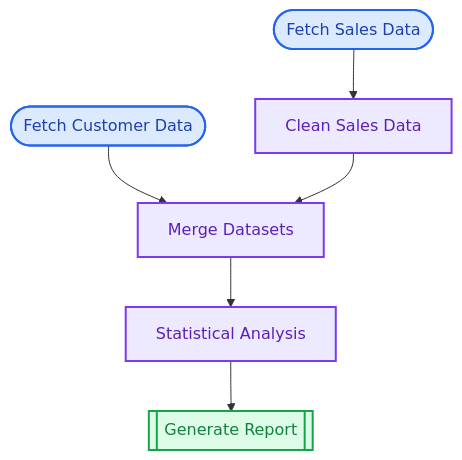
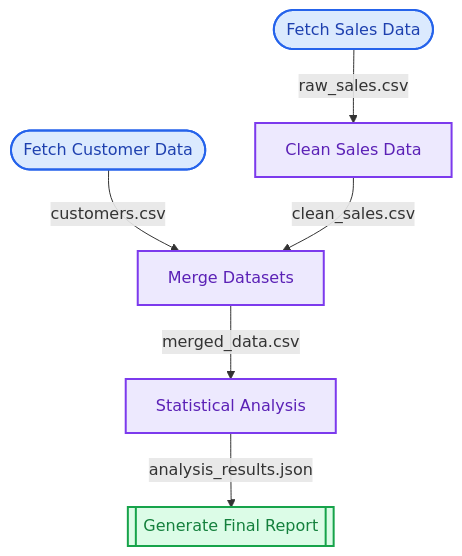
The second of 2 diagrams in README.md (pjt222/putior), drawn with Mermaid before and after one commit. The commit also changed other lines of this file, not shown here.

Commit message:
update and fix mermaid blocks

````diff
--- a/README.md
+++ b/README.md
@@ -187,22 +108,22 @@
 ```mermaid
 flowchart TD
     fetch_sales([Fetch Sales Data])
     fetch_customers([Fetch Customer Data])
-    clean_sales[Clean Sales Data]  
+    clean_sales[Clean Sales Data]
     merge_data[Merge Datasets]
     analyze[Statistical Analysis]
-    report[[Generate Report]]
-    
-    fetch_sales --> clean_sales
-    fetch_customers --> merge_data
-    clean_sales --> merge_data
-    merge_data --> analyze
-    analyze --> report
+    report[[Generate Final Report]]
+
+    fetch_sales -->|raw_sales.csv| clean_sales
+    fetch_customers -->|customers.csv| merge_data
+    clean_sales -->|clean_sales.csv| merge_data
+    merge_data -->|merged_data.csv| analyze
+    analyze -->|analysis_results.json| report
     
     classDef inputStyle fill:#dbeafe,stroke:#2563eb,stroke-width:2px,color:#1e40af
     classDef processStyle fill:#ede9fe,stroke:#7c3aed,stroke-width:2px,color:#5b21b6
     classDef outputStyle fill:#dcfce7,stroke:#16a34a,stroke-width:2px,color:#15803d
     class fetch_sales,fetch_customers inputStyle
     class clean_sales,merge_data,analyze processStyle
     class report outputStyle
 ```
````
